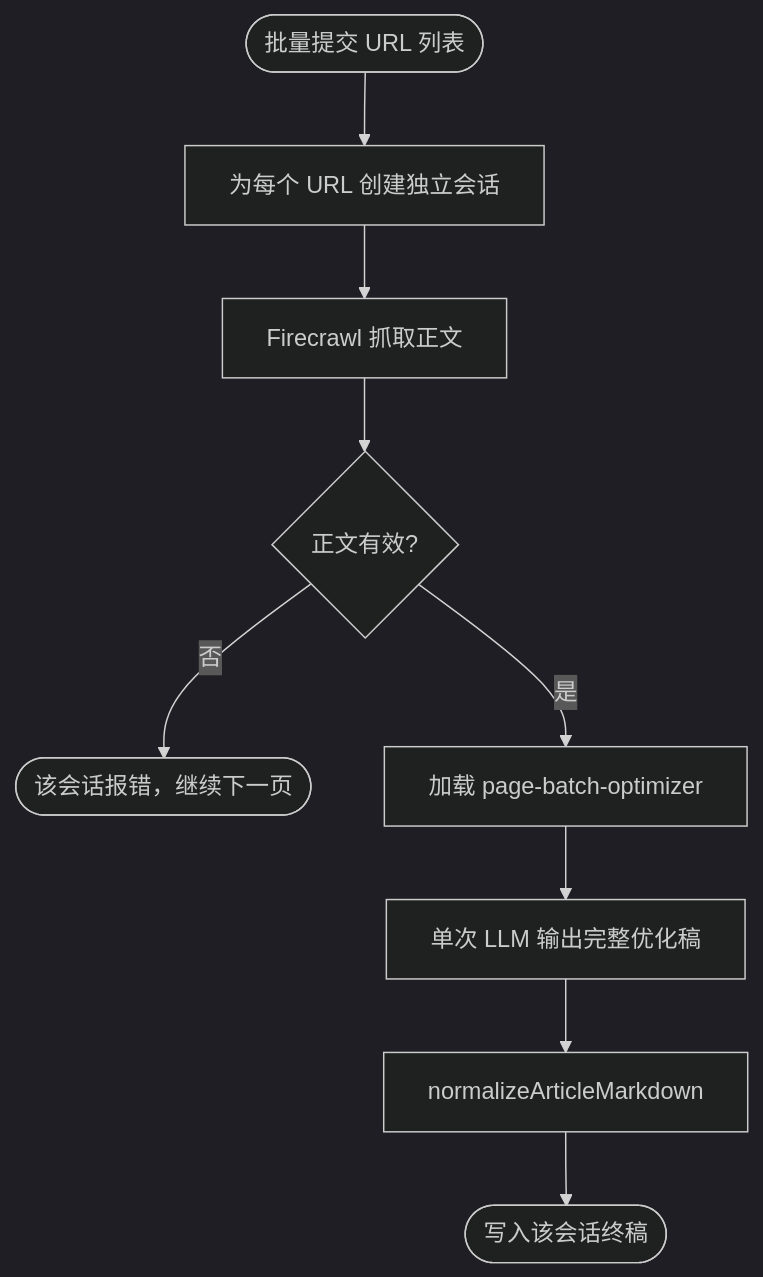
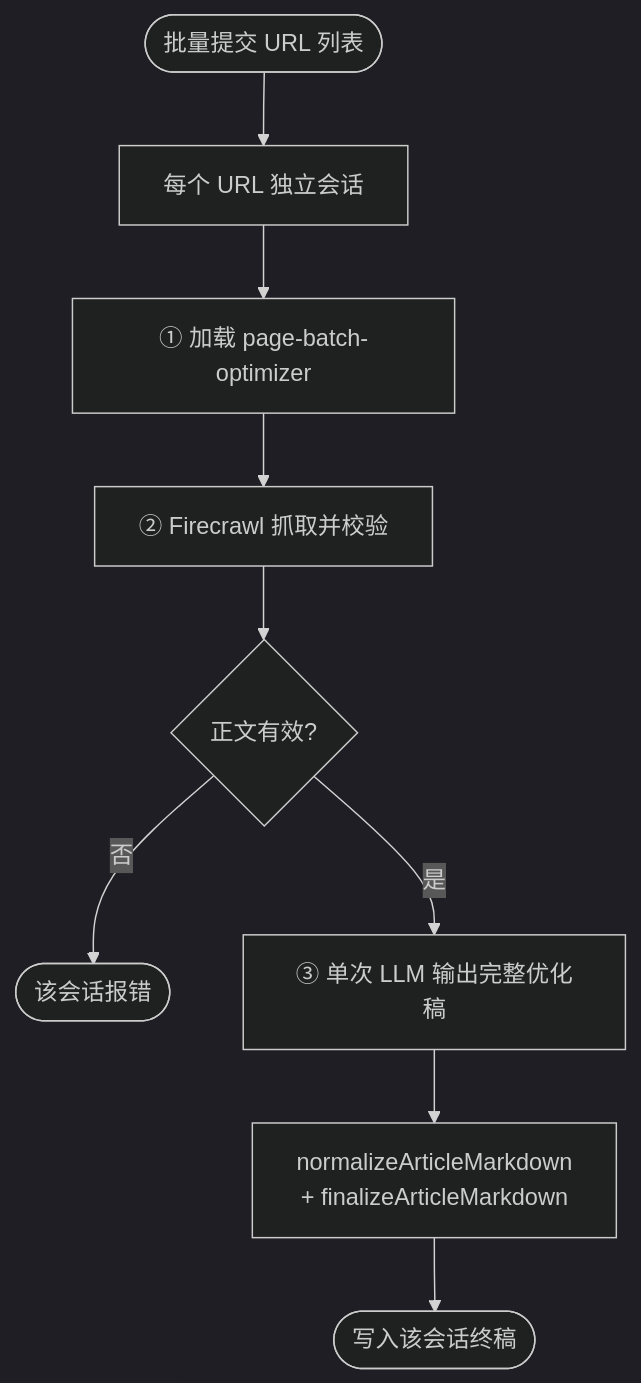
The fourth of 7 diagrams in README.md (YieCham/seo-article-generate), drawn with Mermaid (dark theme) before and after one commit. The commit also changed other lines of this file, not shown here.

Commit message:
Align README flowcharts with the current create and optimize pipelines

````diff
--- a/README.md
+++ b/README.md
@@ -212,11 +205,11 @@
 ```mermaid
 flowchart TD
-  Start(["批量提交 URL 列表"]) --> Loop[为每个 URL 创建独立会话]
-  Loop --> Scrape[Firecrawl 抓取正文]
-  Scrape --> Validate{正文有效?}
-  Validate -->|否| Fail(["该会话报错，继续下一页"])
-  Validate -->|是| Skill[加载 page-batch-optimizer]
-  Skill --> Draft[单次 LLM 输出完整优化稿]
-  Draft --> Normalize[normalizeArticleMarkdown]
+  Start(["批量提交 URL 列表"]) --> Loop[每个 URL 独立会话]
+  Loop --> Skills["① 加载 page-batch-optimizer"]
+  Skills --> Scrape["② Firecrawl 抓取并校验"]
+  Scrape --> Valid{正文有效?}
+  Valid -->|否| Fail(["该会话报错"])
+  Valid -->|是| Draft["③ 单次 LLM 输出完整优化稿"]
+  Draft --> Normalize["normalizeArticleMarkdown<br/>+ finalizeArticleMarkdown"]
   Normalize --> Done(["写入该会话终稿"])
 ```
````
